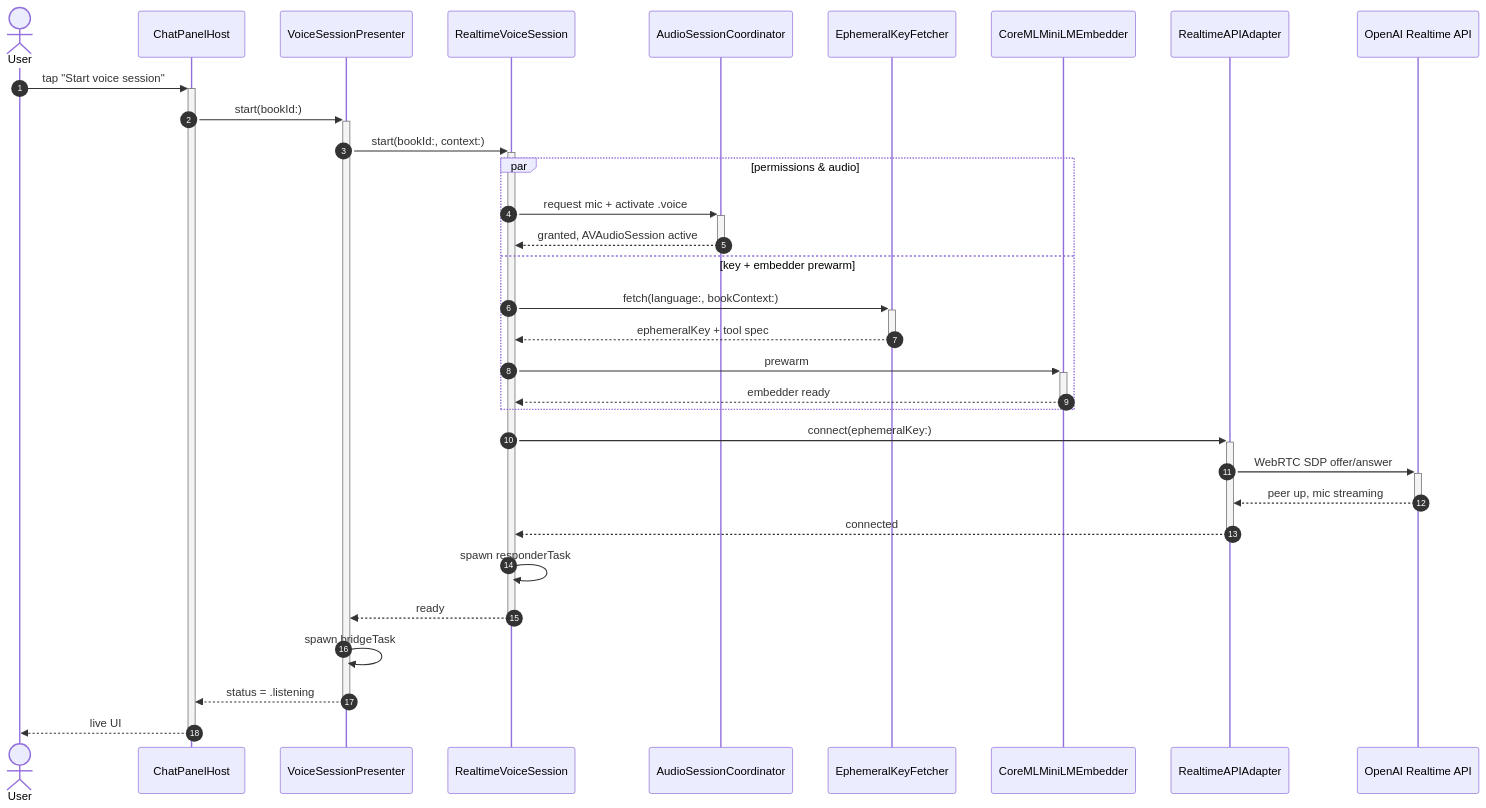
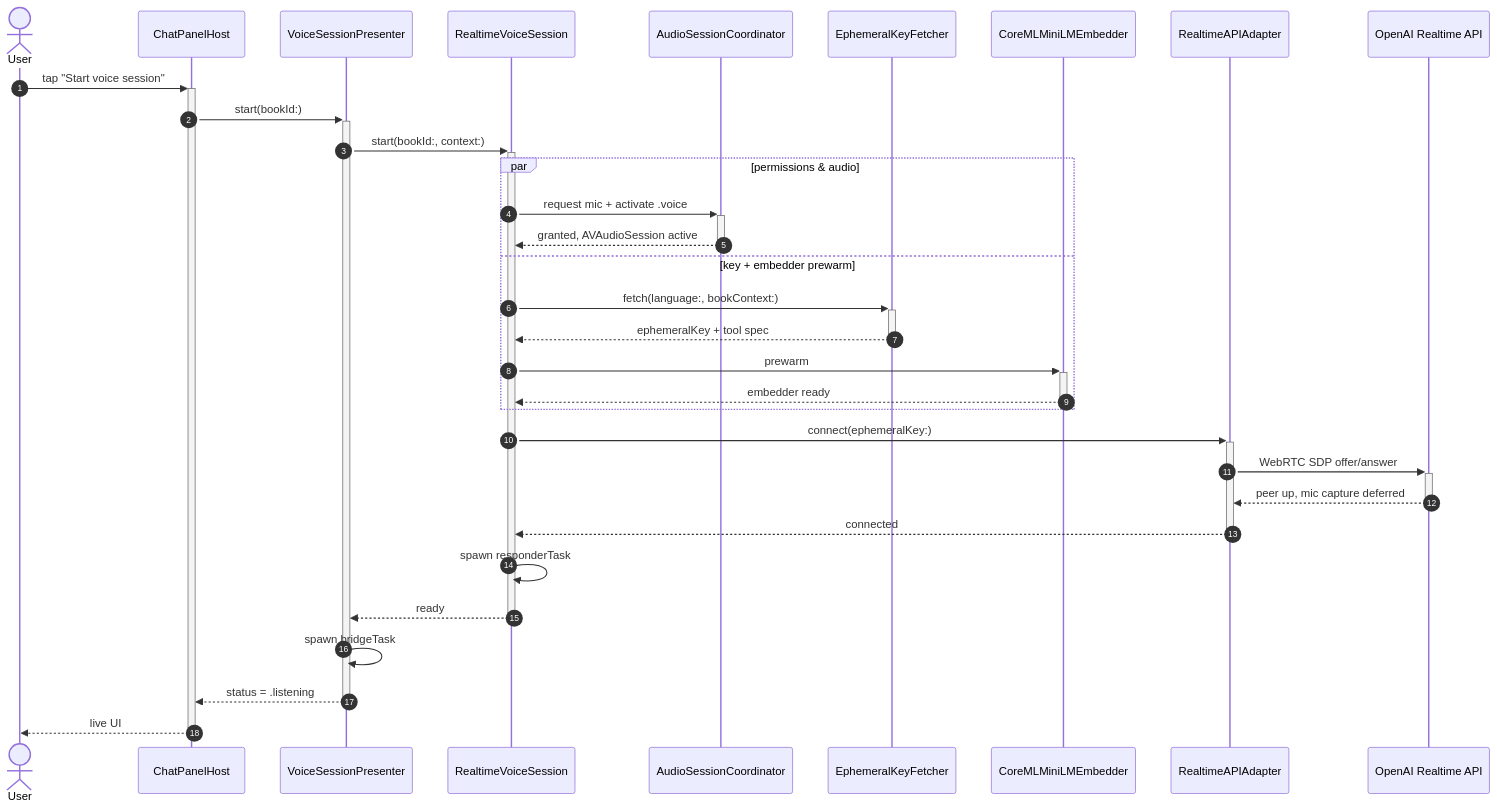
One commit to matovu-farid/rishi-monorepo changed the first of 5 diagrams in apps/apple/docs/VOICE-CHAT-PIPELINE.md. Above: the diagram before and after it, drawn with Mermaid. The commit also changed other lines of this file and 69 other files, not shown here.

````diff
--- a/apps/apple/docs/VOICE-CHAT-PIPELINE.md
+++ b/apps/apple/docs/VOICE-CHAT-PIPELINE.md
@@ -36,38 +40,38 @@
 ```mermaid
 sequenceDiagram
     autonumber
     actor User
     participant View as ChatPanelHost
     participant Pres as VoiceSessionPresenter
     participant Sess as RealtimeVoiceSession
     participant Audio as AudioSessionCoordinator
     participant Key as EphemeralKeyFetcher
     participant RAG as CoreMLMiniLMEmbedder
     participant SDK as RealtimeAPIAdapter
     participant API as OpenAI Realtime API
 
     User->>+View: tap "Start voice session"
     View->>+Pres: start(bookId:)
     Pres->>+Sess: start(bookId:, context:)
 
     par permissions & audio
         Sess->>+Audio: request mic + activate .voice
         Audio-->>-Sess: granted, AVAudioSession active
     and key + embedder prewarm
         Sess->>+Key: fetch(language:, bookContext:)
         Key-->>-Sess: ephemeralKey + tool spec
         Sess->>+RAG: prewarm
         RAG-->>-Sess: embedder ready
     end
 
     Sess->>+SDK: connect(ephemeralKey:)
     SDK->>+API: WebRTC SDP offer/answer
-    API-->>-SDK: peer up, mic streaming
+    API-->>-SDK: peer up, mic capture deferred
     SDK-->>-Sess: connected
 
     Sess->>Sess: spawn responderTask
     Sess-->>-Pres: ready
     Pres->>Pres: spawn bridgeTask
     Pres-->>-View: status = .listening
     View-->>-User: live UI
 ```
````
